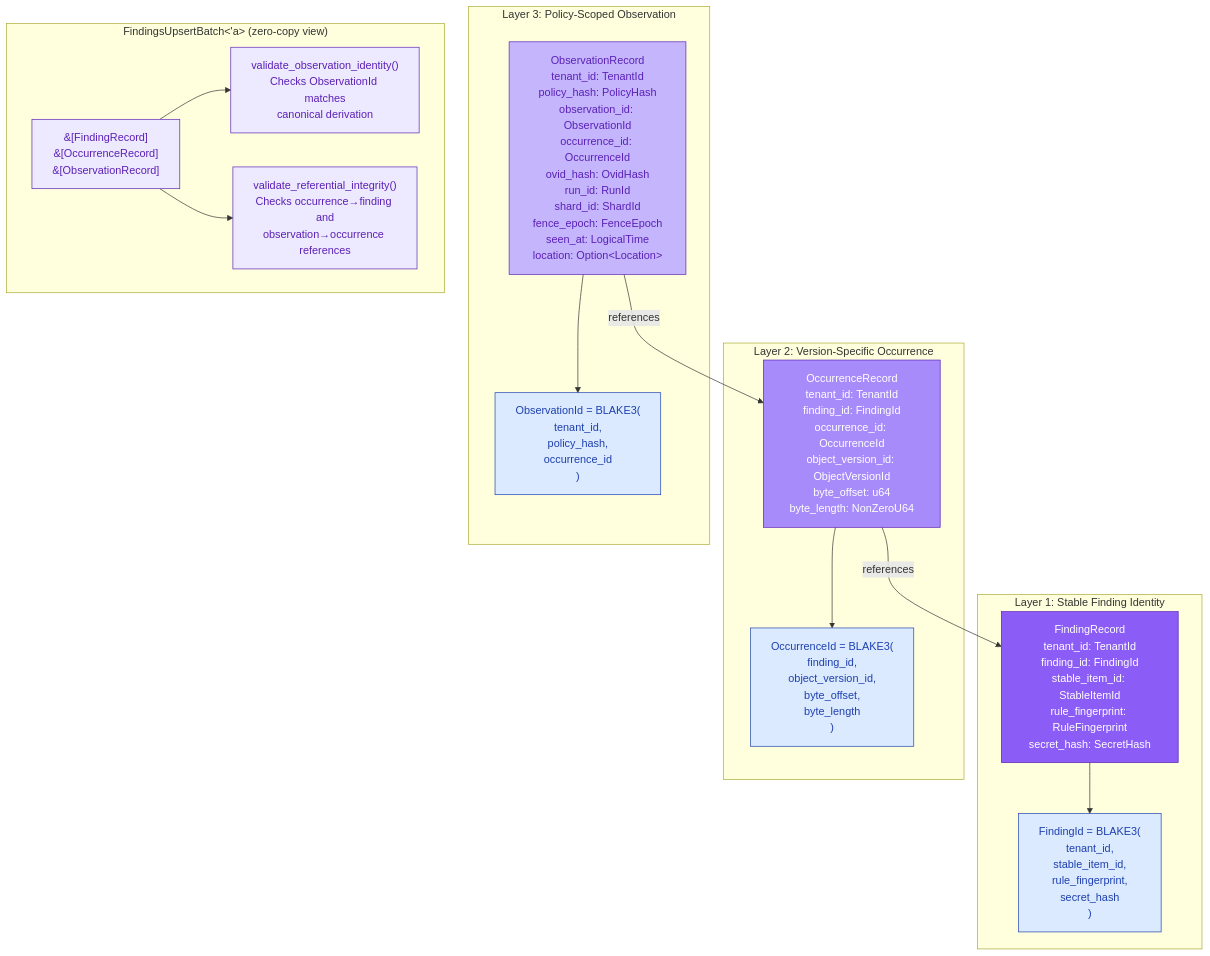
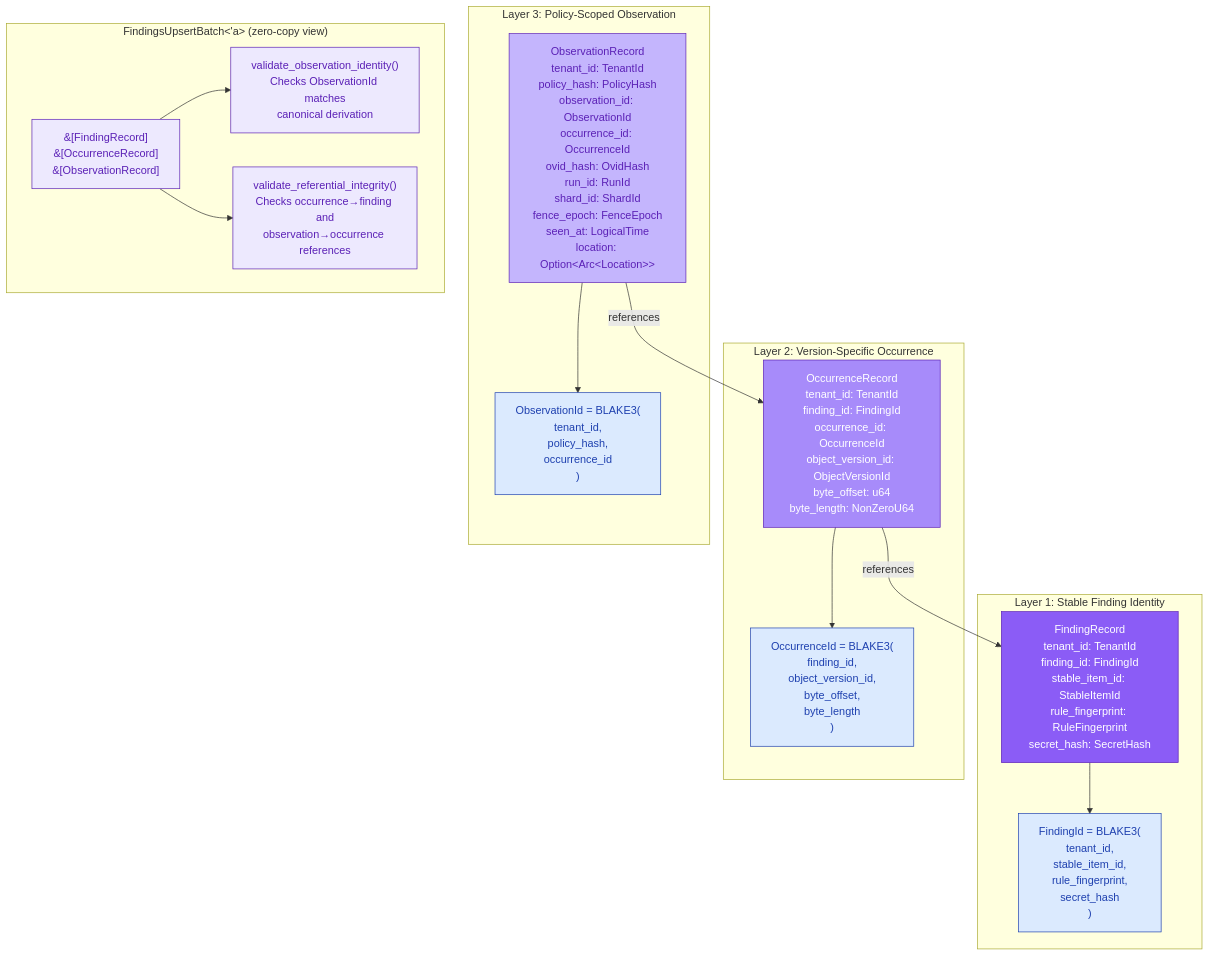
The second of 6 diagrams in diagrams/19-persistence-contracts.md (ahrav/Gossip-rs), drawn with Mermaid before and after one commit. The commit also changed 30 other files, not shown here.

````diff
--- a/diagrams/19-persistence-contracts.md
+++ b/diagrams/19-persistence-contracts.md
@@ -152,46 +152,46 @@
 ```mermaid
 %% Diagram: three-layer-findings-model
 graph TB
     subgraph layer1 ["Layer 1: Stable Finding Identity"]
         FR["FindingRecord<br/>tenant_id: TenantId<br/>finding_id: FindingId<br/>stable_item_id: StableItemId<br/>rule_fingerprint: RuleFingerprint<br/>secret_hash: SecretHash"]
         FID["FindingId = BLAKE3(<br/>  tenant_id,<br/>  stable_item_id,<br/>  rule_fingerprint,<br/>  secret_hash<br/>)"]
     end
 
     subgraph layer2 ["Layer 2: Version-Specific Occurrence"]
         OR["OccurrenceRecord<br/>tenant_id: TenantId<br/>finding_id: FindingId<br/>occurrence_id: OccurrenceId<br/>object_version_id: ObjectVersionId<br/>byte_offset: u64<br/>byte_length: NonZeroU64"]
         OID["OccurrenceId = BLAKE3(<br/>  finding_id,<br/>  object_version_id,<br/>  byte_offset,<br/>  byte_length<br/>)"]
     end
 
     subgraph layer3 ["Layer 3: Policy-Scoped Observation"]
-        OBS["ObservationRecord<br/>tenant_id: TenantId<br/>policy_hash: PolicyHash<br/>observation_id: ObservationId<br/>occurrence_id: OccurrenceId<br/>ovid_hash: OvidHash<br/>run_id: RunId<br/>shard_id: ShardId<br/>fence_epoch: FenceEpoch<br/>seen_at: LogicalTime<br/>location: Option&lt;Location&gt;"]
+        OBS["ObservationRecord<br/>tenant_id: TenantId<br/>policy_hash: PolicyHash<br/>observation_id: ObservationId<br/>occurrence_id: OccurrenceId<br/>ovid_hash: OvidHash<br/>run_id: RunId<br/>shard_id: ShardId<br/>fence_epoch: FenceEpoch<br/>seen_at: LogicalTime<br/>location: Option&lt;Arc&lt;Location&gt;&gt;"]
         OBSID["ObservationId = BLAKE3(<br/>  tenant_id,<br/>  policy_hash,<br/>  occurrence_id<br/>)"]
     end
 
     subgraph batch ["FindingsUpsertBatch&lt;'a&gt; (zero-copy view)"]
         BATCH["&amp;[FindingRecord]<br/>&amp;[OccurrenceRecord]<br/>&amp;[ObservationRecord]"]
         VAL_OBS["validate_observation_identity()<br/>Checks ObservationId matches<br/>canonical derivation"]
         VAL_REF["validate_referential_integrity()<br/>Checks occurrence→finding and<br/>observation→occurrence references"]
     end
 
     FR --> FID
     OR --> OID
     OBS --> OBSID
 
     OR -->|"references"| FR
     OBS -->|"references"| OR
 
     BATCH --> VAL_OBS
     BATCH --> VAL_REF
 
     style FR fill:#8B5CF6,stroke:#5B21B6,color:#FFF
     style OR fill:#A78BFA,stroke:#5B21B6,color:#FFF
     style OBS fill:#C4B5FD,stroke:#5B21B6,color:#5B21B6
 
     style FID fill:#DBEAFE,stroke:#1E40AF,color:#1E40AF
     style OID fill:#DBEAFE,stroke:#1E40AF,color:#1E40AF
     style OBSID fill:#DBEAFE,stroke:#1E40AF,color:#1E40AF
 
     style BATCH fill:#EDE9FE,stroke:#5B21B6,color:#5B21B6
     style VAL_OBS fill:#EDE9FE,stroke:#5B21B6,color:#5B21B6
     style VAL_REF fill:#EDE9FE,stroke:#5B21B6,color:#5B21B6
 ```
````
